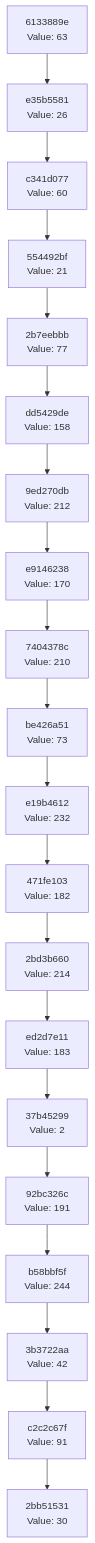
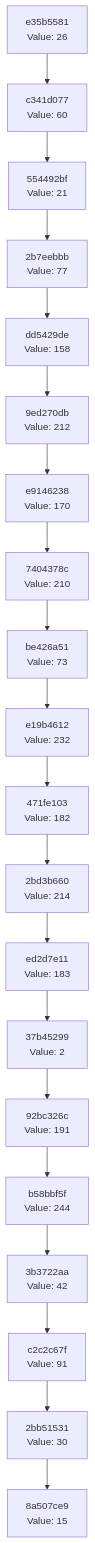
One commit to Abhisheksinha1506/hash-chain-evolver changed the diagram in docs/CHAIN_VISUALIZATION.md. Above: the diagram before and after it, drawn with Mermaid. The commit also changed 2 other files, not shown here.

Commit message:
Evolution Step

````diff
--- a/docs/CHAIN_VISUALIZATION.md
+++ b/docs/CHAIN_VISUALIZATION.md
@@ -3,42 +3,42 @@
 ```mermaid
 graph TD
-    C0["2bb51531<br/>Value: 30"]
-    C1["c2c2c67f<br/>Value: 91"]
+    C0["8a507ce9<br/>Value: 15"]
+    C1["2bb51531<br/>Value: 30"]
     C1 --> C0
-    C2["3b3722aa<br/>Value: 42"]
+    C2["c2c2c67f<br/>Value: 91"]
     C2 --> C1
-    C3["b58bbf5f<br/>Value: 244"]
+    C3["3b3722aa<br/>Value: 42"]
     C3 --> C2
-    C4["92bc326c<br/>Value: 191"]
+    C4["b58bbf5f<br/>Value: 244"]
     C4 --> C3
-    C5["37b45299<br/>Value: 2"]
+    C5["92bc326c<br/>Value: 191"]
     C5 --> C4
-    C6["ed2d7e11<br/>Value: 183"]
+    C6["37b45299<br/>Value: 2"]
     C6 --> C5
-    C7["2bd3b660<br/>Value: 214"]
+    C7["ed2d7e11<br/>Value: 183"]
     C7 --> C6
-    C8["471fe103<br/>Value: 182"]
+    C8["2bd3b660<br/>Value: 214"]
     C8 --> C7
-    C9["e19b4612<br/>Value: 232"]
+    C9["471fe103<br/>Value: 182"]
     C9 --> C8
-    C10["be426a51<br/>Value: 73"]
+    C10["e19b4612<br/>Value: 232"]
     C10 --> C9
-    C11["7404378c<br/>Value: 210"]
+    C11["be426a51<br/>Value: 73"]
     C11 --> C10
-    C12["e9146238<br/>Value: 170"]
+    C12["7404378c<br/>Value: 210"]
     C12 --> C11
-    C13["9ed270db<br/>Value: 212"]
+    C13["e9146238<br/>Value: 170"]
     C13 --> C12
-    C14["dd5429de<br/>Value: 158"]
+    C14["9ed270db<br/>Value: 212"]
     C14 --> C13
-    C15["2b7eebbb<br/>Value: 77"]
+    C15["dd5429de<br/>Value: 158"]
     C15 --> C14
-    C16["554492bf<br/>Value: 21"]
+    C16["2b7eebbb<br/>Value: 77"]
     C16 --> C15
-    C17["c341d077<br/>Value: 60"]
+    C17["554492bf<br/>Value: 21"]
     C17 --> C16
-    C18["e35b5581<br/>Value: 26"]
+    C18["c341d077<br/>Value: 60"]
     C18 --> C17
-    C19["6133889e<br/>Value: 63"]
+    C19["e35b5581<br/>Value: 26"]
     C19 --> C18
 ```
````
